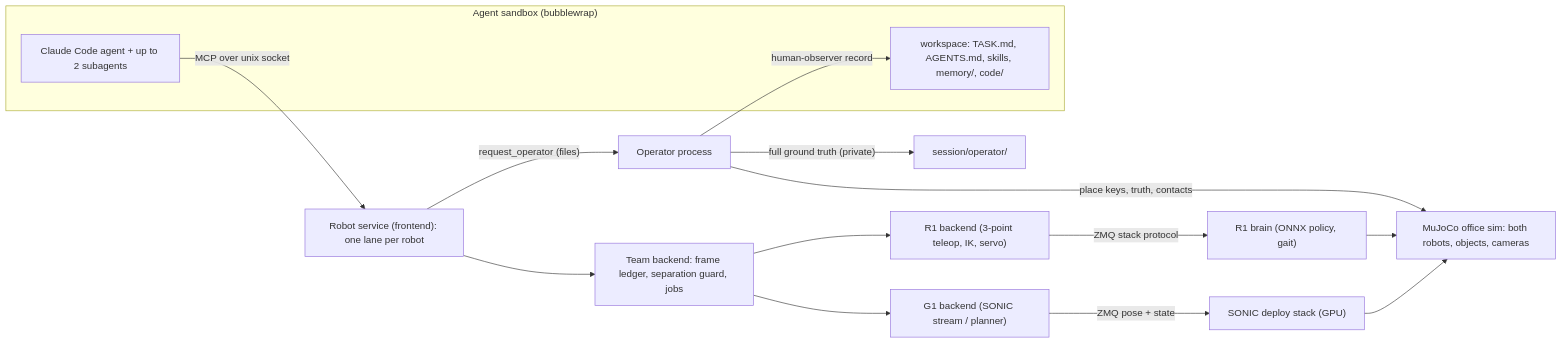
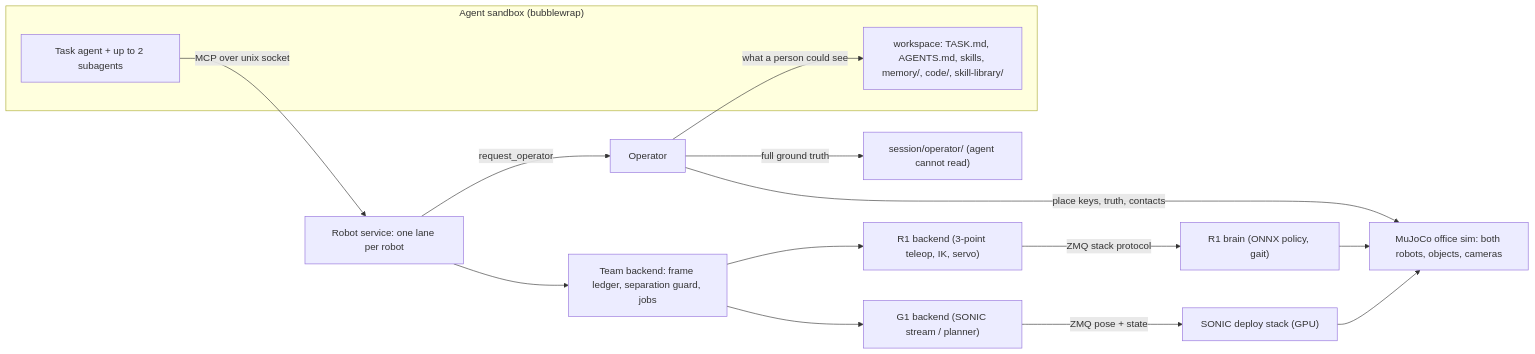
Before and after one commit to CelinaWa/agentics_multirobot: the first of 2 diagrams in rax/docs/multirobot_framework_report.md, drawn with Mermaid. The commit also changed other lines of this file, not shown here.

````diff
--- a/rax/docs/multirobot_framework_report.md
+++ b/rax/docs/multirobot_framework_report.md
@@ -32,20 +40,19 @@
 ```mermaid
 flowchart LR
   subgraph Agent["Agent sandbox (bubblewrap)"]
-    CC["Claude Code agent + up to 2 subagents"]
-    WS["workspace: TASK.md, AGENTS.md, skills, memory/, code/"]
+    CC["Task agent + up to 2 subagents"]
+    WS["workspace: TASK.md, AGENTS.md, skills, memory/, code/, skill-library/"]
   end
-  CC -- "MCP over unix socket" --> FE["Robot service (frontend): one lane per robot"]
+  CC -- "MCP over unix socket" --> FE["Robot service: one lane per robot"]
   FE --> TB["Team backend: frame ledger, separation guard, jobs"]
   TB --> G1B["G1 backend (SONIC stream / planner)"]
   TB --> R1B["R1 backend (3-point teleop, IK, servo)"]
   G1B -- "ZMQ pose + state" --> DEP["SONIC deploy stack (GPU)"]
   R1B -- "ZMQ stack protocol" --> BR["R1 brain (ONNX policy, gait)"]
   DEP --> SIM["MuJoCo office sim: both robots, objects, cameras"]
   BR --> SIM
-  OP["Operator process"] -- "place keys, truth, contacts" --> SIM
-  FE -- "request_operator (files)" --> OP
-  OP -- "human-observer record" --> WS
-  OP -- "full ground truth (private)" --> PRIV["session/operator/"]
-  
+  OP["Operator"] -- "place keys, truth, contacts" --> SIM
+  FE -- "request_operator" --> OP
+  OP -- "what a person could see" --> WS
+  OP -- "full ground truth" --> PRIV["session/operator/ (agent cannot read)"]
 ```
````
